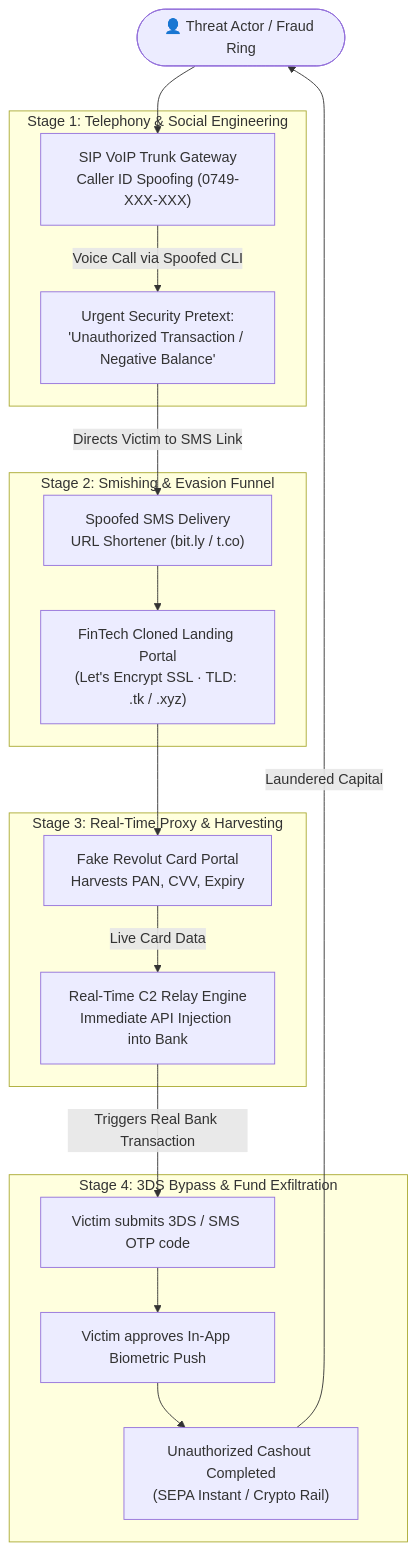
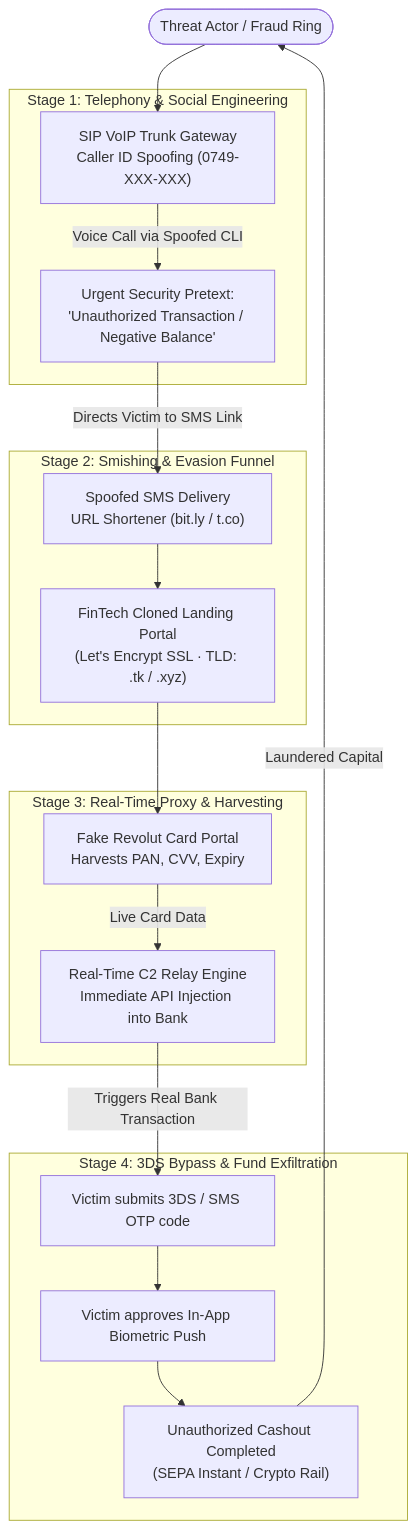
The diagram in cyber/revolut-vishing-forensics/case_study.md (stefanutc1/datacenter), drawn with Mermaid before and after one commit. The commit also changed other lines of this file and 19 other files, not shown here.

````diff
--- a/cyber/revolut-vishing-forensics/case_study.md
+++ b/cyber/revolut-vishing-forensics/case_study.md
@@ -20,43 +20,43 @@
 ```mermaid
 flowchart TD
-    Attacker(["👤 Threat Actor / Fraud Ring"])
+ Attacker([" Threat Actor / Fraud Ring"])
 
-    subgraph TELEPHONY["Stage 1: Telephony & Social Engineering"]
-        VOIP["SIP VoIP Trunk Gateway
+ subgraph TELEPHONY["Stage 1: Telephony & Social Engineering"]
+ VOIP["SIP VoIP Trunk Gateway
 Caller ID Spoofing (0749-XXX-XXX)"]
-        PRETEXT["Urgent Security Pretext:
+ PRETEXT["Urgent Security Pretext:
 'Unauthorized Transaction / Negative Balance'"]
-    end
+ end
 
-    subgraph DELIVERY["Stage 2: Smishing & Evasion Funnel"]
-        SMS["Spoofed SMS Delivery
+ subgraph DELIVERY["Stage 2: Smishing & Evasion Funnel"]
+ SMS["Spoofed SMS Delivery
 URL Shortener (bit.ly / t.co)"]
-        CLONE["FinTech Cloned Landing Portal
+ CLONE["FinTech Cloned Landing Portal
 (Let's Encrypt SSL · TLD: .tk / .xyz)"]
-    end
+ end
 
-    subgraph INTERCEPTION["Stage 3: Real-Time Proxy & Harvesting"]
-        PORTAL["Fake Revolut Card Portal
+ subgraph INTERCEPTION["Stage 3: Real-Time Proxy & Harvesting"]
+ PORTAL["Fake Revolut Card Portal
 Harvests PAN, CVV, Expiry"]
-        RELAY["Real-Time C2 Relay Engine
+ RELAY["Real-Time C2 Relay Engine
 Immediate API Injection into Bank"]
-    end
+ end
 
-    subgraph FRAUD["Stage 4: 3DS Bypass & Fund Exfiltration"]
-        OTP["Victim submits 3DS / SMS OTP code"]
-        APP_AUTH["Victim approves In-App Biometric Push"]
-        CASHOUT["Unauthorized Cashout Completed
+ subgraph FRAUD["Stage 4: 3DS Bypass & Fund Exfiltration"]
+ OTP["Victim submits 3DS / SMS OTP code"]
+ APP_AUTH["Victim approves In-App Biometric Push"]
+ CASHOUT["Unauthorized Cashout Completed
 (SEPA Instant / Crypto Rail)"]
-    end
+ end
 
-    Attacker --> VOIP
-    VOIP -->|Voice Call via Spoofed CLI| PRETEXT
-    PRETEXT -->|Directs Victim to SMS Link| SMS
-    SMS --> CLONE
-    CLONE --> PORTAL
-    PORTAL -->|Live Card Data| RELAY
-    RELAY -->|Triggers Real Bank Transaction| OTP
-    OTP --> APP_AUTH
-    APP_AUTH --> CASHOUT
-    CASHOUT -->|Laundered Capital| Attacker
+ Attacker --> VOIP
+ VOIP -->|Voice Call via Spoofed CLI| PRETEXT
+ PRETEXT -->|Directs Victim to SMS Link| SMS
+ SMS --> CLONE
+ CLONE --> PORTAL
+ PORTAL -->|Live Card Data| RELAY
+ RELAY -->|Triggers Real Bank Transaction| OTP
+ OTP --> APP_AUTH
+ APP_AUTH --> CASHOUT
+ CASHOUT -->|Laundered Capital| Attacker
 ```
````
